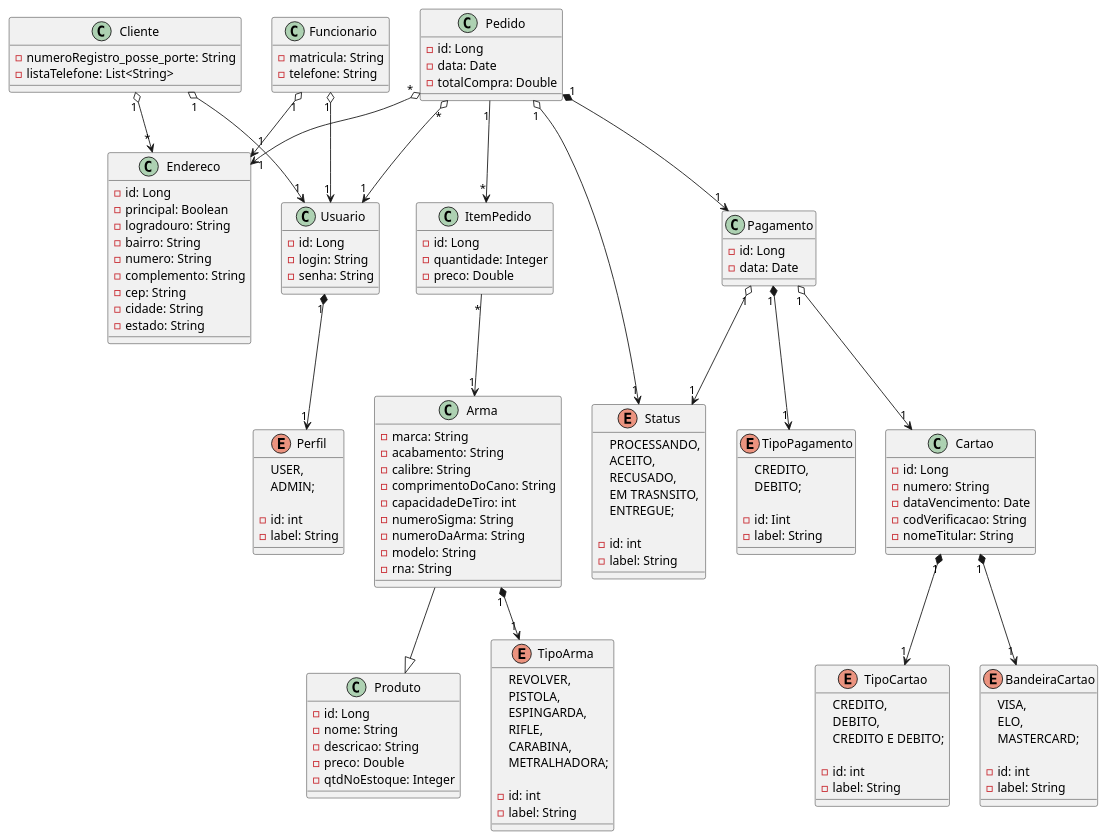
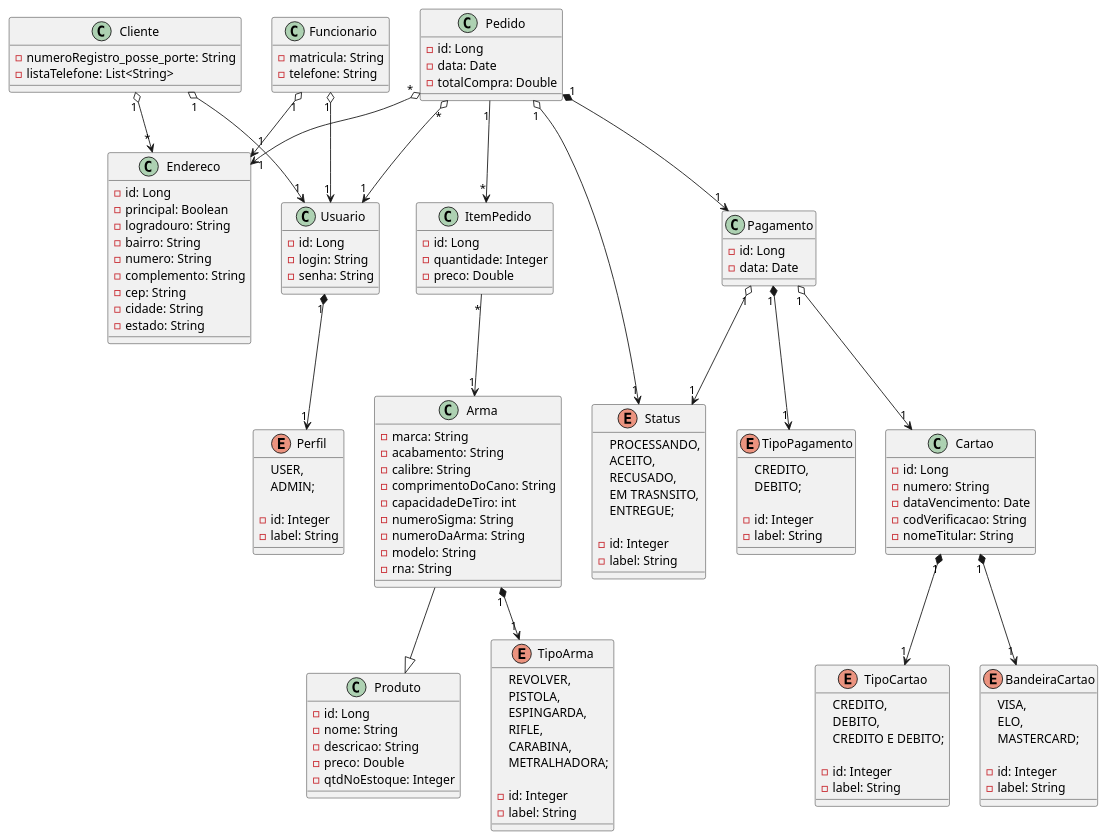
One commit to daniel-ferreira-da-costa/militropa changed the diagram in src/main/java/unitins/tp1/docs/uml_militropa.plantuml. Above: the diagram before and after it, drawn with PlantUML. The commit also changed 12 other files, not shown here.

```diff
--- a/src/main/java/unitins/tp1/docs/uml_militropa.plantuml
+++ b/src/main/java/unitins/tp1/docs/uml_militropa.plantuml
@@ -1,160 +1,160 @@
 @startuml Tabacaria
 '========Produto========='
 class Produto{
     - id: Long
     - nome: String
     - descricao: String
     - preco: Double
     - qtdNoEstoque: Integer
 }
 
 class Arma{
     - marca: String
     - acabamento: String
     - calibre: String
     - comprimentoDoCano: String
     - capacidadeDeTiro: int
     - numeroSigma: String
     - numeroDaArma: String
     - modelo: String
     - rna: String
 }
 
 enum TipoArma{
     REVOLVER,
     PISTOLA,
     ESPINGARDA,
     RIFLE,
     CARABINA,
     METRALHADORA;
 
-    - id: int
+    - id: Integer
     - label: String
 }
 
 '========Usuario========='
 class Usuario{
     - id: Long
     - login: String
     - senha: String
 }
 
 enum Perfil{
-    USER, 
+    USER,
     ADMIN;
 
-    - id: int
+    - id: Integer
     - label: String
 }
 
 class Funcionario{
     - matricula: String
     - telefone: String
 }
 
 class Cliente{
     - numeroRegistro_posse_porte: String
     - listaTelefone: List<String>
 }
 '========Venda========='
 class Pedido {
     - id: Long
     - data: Date
     - totalCompra: Double
 }
 
 class ItemPedido {
     - id: Long
     - quantidade: Integer
     - preco: Double
 }
 
 enum Status{
-    PROCESSANDO, 
+    PROCESSANDO,
     ACEITO,
     RECUSADO,
     EM TRASNSITO,
     ENTREGUE;
 
-    - id: int
+    - id: Integer
     - label: String
 }
 '========Pagamento========='
 class Pagamento{
     - id: Long
     - data: Date
 }
 
 class Cartao{
     - id: Long
     - numero: String
     - dataVencimento: Date
     - codVerificacao: String
     - nomeTitular: String
 }
 
 enum TipoCartao{
-    CREDITO, 
-    DEBITO, 
+    CREDITO,
+    DEBITO,
     CREDITO E DEBITO;
 
-    - id: int
-    - label: String 
+    - id: Integer
+    - label: String
 }
 
 enum TipoPagamento {
-    CREDITO, 
+    CREDITO,
     DEBITO;
 
-    - id: Iint
-    - label: String 
+    - id: Integer
+    - label: String
 }
 
 enum BandeiraCartao {
     VISA,
     ELO,
     MASTERCARD;
 
-    - id: int
-    - label: String 
+    - id: Integer
+    - label: String
 }
 '========Endereco========='
 class Endereco {
     - id: Long
     - principal: Boolean
     - logradouro: String
     - bairro: String
     - numero: String
     - complemento: String
     - cep: String
     - cidade: String
     - estado: String
 }
 
 '========Relacionamentos========='
 
 Pedido "1" *--> "1" Pagamento
 Pedido "1" --> "*" ItemPedido
 Pedido "1" o--> "1" Status
 Pedido "*" o--> "1" Usuario
 Pedido "*" o--> "1" Endereco
 
 Pagamento "1" o--> "1" Status
 Pagamento "1" o--> "1" Cartao
 Pagamento "1" *--> "1" TipoPagamento
 
 Cartao "1" *--> "1" TipoCartao
 Cartao "1" *--> "1" BandeiraCartao
 
 ItemPedido "*" --> "1" Arma
 
 Usuario "1" *--> "1" Perfil
 Funcionario "1" o--> "1" Usuario
 Funcionario "1" o--> "1" Endereco
 Cliente "1" o--> "*" Endereco
 Cliente "1" o--> "1" Usuario
 
 Arma --|> Produto
 Arma "1" *--> "1" TipoArma
 
 @enduml
```
